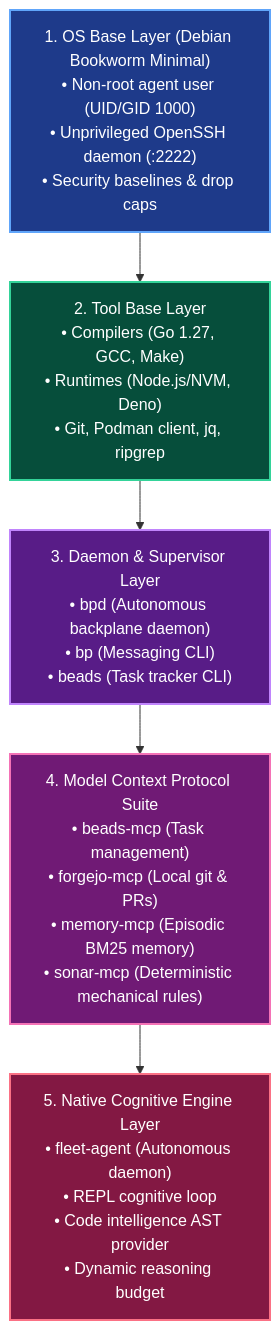
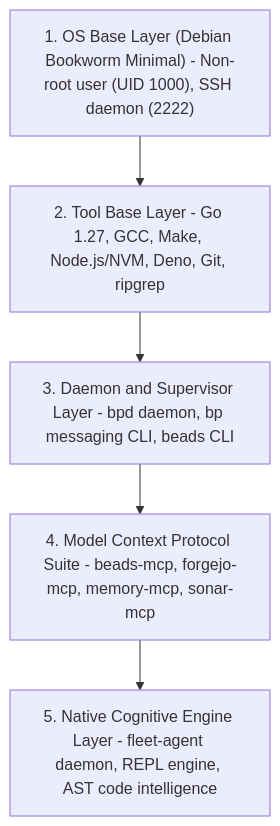
Before and after one commit to boggycreek/fleet: the second of 5 diagrams in doc/infographics/fleet-architecture-overview.md, drawn with Mermaid. The commit also changed other lines of this file, not shown here.

Commit message:
fix(docs): resolve Mermaid syntax errors in visual architecture infographic

````diff
--- a/doc/infographics/fleet-architecture-overview.md
+++ b/doc/infographics/fleet-architecture-overview.md
@@ -83,29 +72,13 @@
 ```mermaid
 flowchart TD
-    BaseImage["1. OS Base Layer (Debian Bookworm Minimal)\n• Non-root agent user (UID/GID 1000)\n• Unprivileged OpenSSH daemon (:2222)\n• Security baselines & drop caps"]
-    
-    ToolBase["2. Tool Base Layer\n• Compilers (Go 1.27, GCC, Make)\n• Runtimes (Node.js/NVM, Deno)\n• Git, Podman client, jq, ripgrep"]
-    
-    DaemonBase["3. Daemon & Supervisor Layer\n• bpd (Autonomous backplane daemon)\n• bp (Messaging CLI)\n• beads (Task tracker CLI)"]
-    
-    MCPSuite["4. Model Context Protocol Suite\n• beads-mcp (Task management)\n• forgejo-mcp (Local git & PRs)\n• memory-mcp (Episodic BM25 memory)\n• sonar-mcp (Deterministic mechanical rules)"]
-    
-    EngineLayer["5. Native Cognitive Engine Layer\n• fleet-agent (Autonomous daemon)\n• REPL cognitive loop\n• Code intelligence AST provider\n• Dynamic reasoning budget"]
+    BaseImage["1. OS Base Layer (Debian Bookworm Minimal) - Non-root user (UID 1000), SSH daemon (2222)"]
+    ToolBase["2. Tool Base Layer - Go 1.27, GCC, Make, Node.js/NVM, Deno, Git, ripgrep"]
+    DaemonBase["3. Daemon and Supervisor Layer - bpd daemon, bp messaging CLI, beads CLI"]
+    MCPSuite["4. Model Context Protocol Suite - beads-mcp, forgejo-mcp, memory-mcp, sonar-mcp"]
+    EngineLayer["5. Native Cognitive Engine Layer - fleet-agent daemon, REPL engine, AST code intelligence"]
 
     BaseImage --> ToolBase
     ToolBase --> DaemonBase
     DaemonBase --> MCPSuite
     MCPSuite --> EngineLayer
-
-    classDef l1 fill:#1e3a8a,stroke:#60a5fa,stroke-width:2px,color:#ffffff;
-    classDef l2 fill:#064e3b,stroke:#34d399,stroke-width:2px,color:#ffffff;
-    classDef l3 fill:#581c87,stroke:#c084fc,stroke-width:2px,color:#ffffff;
-    classDef l4 fill:#701a75,stroke:#f472b6,stroke-width:2px,color:#ffffff;
-    classDef l5 fill:#831843,stroke:#fb7185,stroke-width:2px,color:#ffffff;
-    
-    class BaseImage l1;
-    class ToolBase l2;
-    class DaemonBase l3;
-    class MCPSuite l4;
-    class EngineLayer l5;
 ```
````
